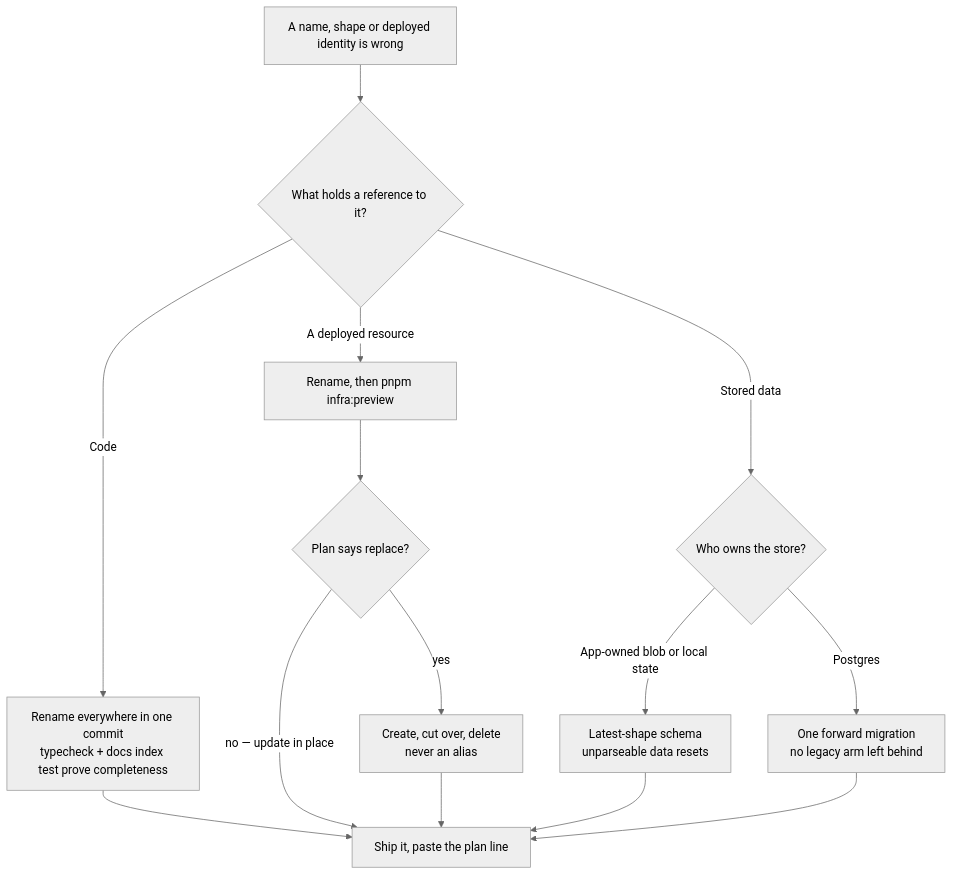
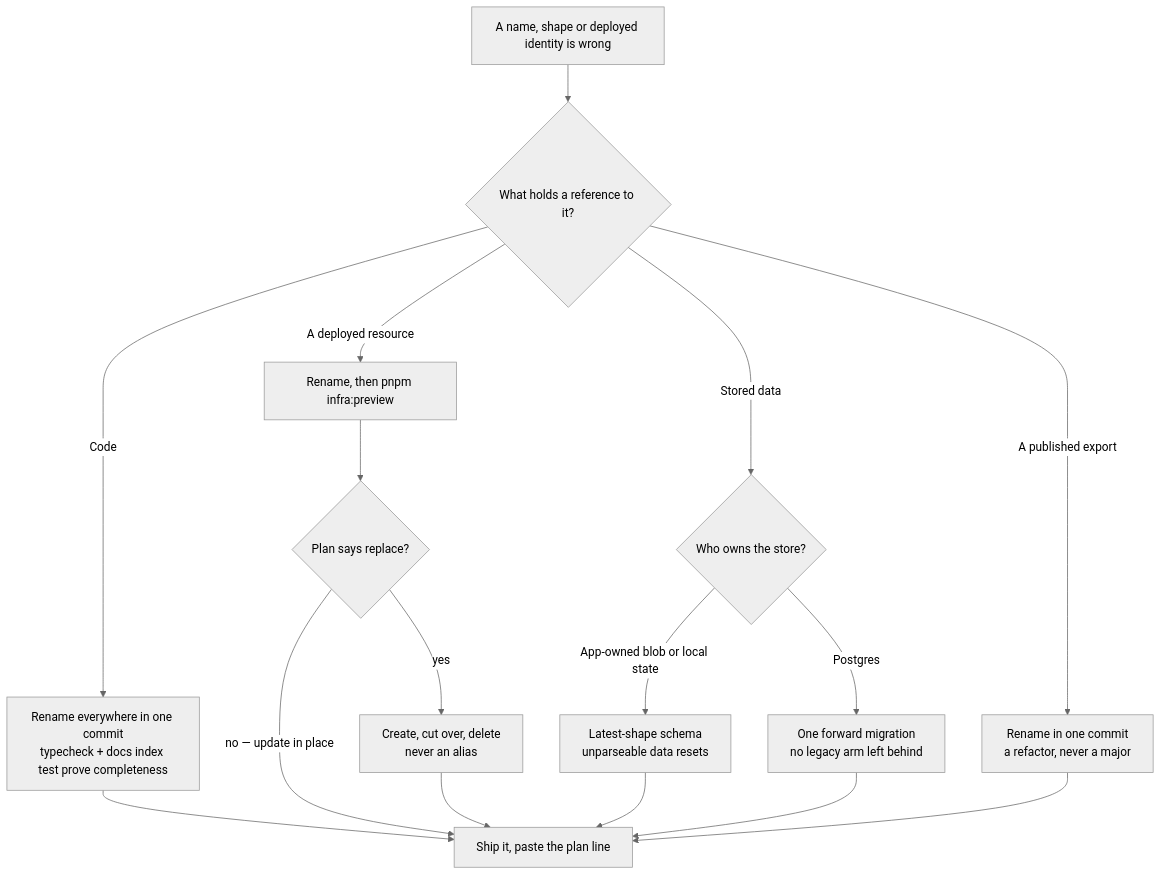
Before and after one commit to Esposter/Esposter: the diagram in packages/app/content/docs/architecture/no-compatibility-debt.md, drawn with Mermaid (neutral theme). The commit also changed other lines of this file and 2 other files, not shown here.

First line of the commit message:
docs(architecture): a published export's rename is not a major here

````diff
--- a/packages/app/content/docs/architecture/no-compatibility-debt.md
+++ b/packages/app/content/docs/architecture/no-compatibility-debt.md
@@ -24,16 +33,18 @@
 ```mermaid
 flowchart TD
   WRONG["A name, shape or deployed identity is wrong"] --> KIND{"What holds a reference to it?"}
   KIND -->|"Code"| CODE["Rename everywhere in one commit<br/>typecheck + docs index test prove completeness"]
   KIND -->|"A deployed resource"| PREVIEW["Rename, then pnpm infra:preview"]
   KIND -->|"Stored data"| OWNED{"Who owns the store?"}
+  KIND -->|"A published export"| PUBLISHED["Rename in one commit<br/>a refactor, never a major"]
   PREVIEW --> PLAN{"Plan says replace?"}
   PLAN -->|"no — update in place"| DONE["Ship it, paste the plan line"]
   PLAN -->|"yes"| CUTOVER["Create, cut over, delete<br/>never an alias"]
   OWNED -->|"App-owned blob or local state"| RESET["Latest-shape schema<br/>unparseable data resets"]
   OWNED -->|"Postgres"| FORWARD["One forward migration<br/>no legacy arm left behind"]
   CODE --> DONE
+  PUBLISHED --> DONE
   CUTOVER --> DONE
   RESET --> DONE
   FORWARD --> DONE
 ```
````
